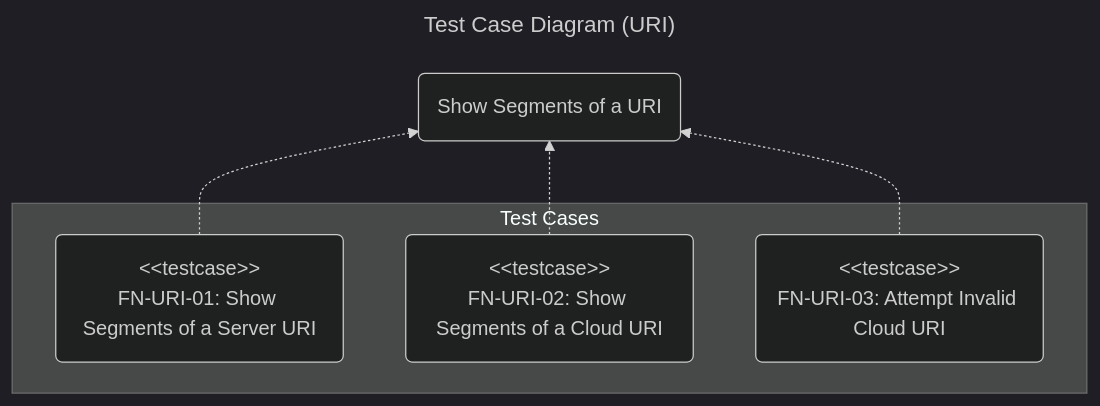
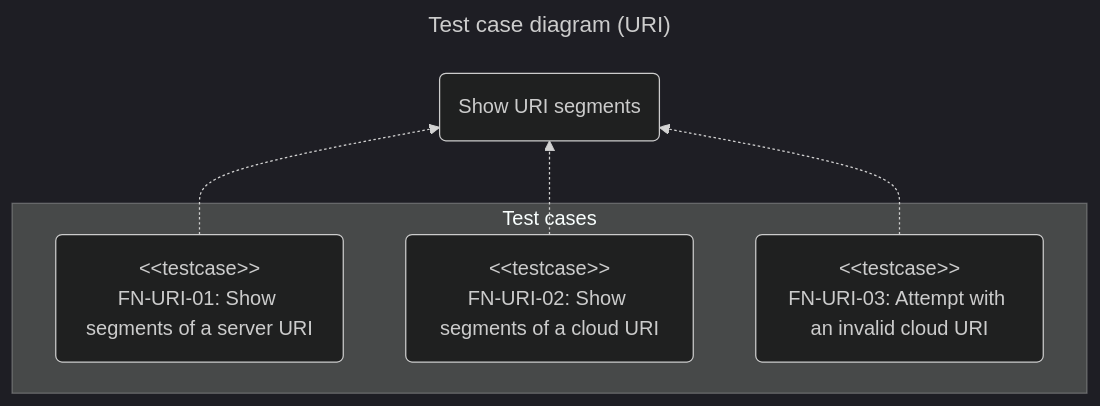
One commit to chromiodev/chromie-tool changed the fourth of 6 diagrams in docs/spec/tests/functional.en.md. Above: the diagram before and after it, drawn with Mermaid (dark theme). The commit also changed other lines of this file and 25 other files, not shown here.

````diff
--- a/docs/spec/tests/functional.en.md
+++ b/docs/spec/tests/functional.en.md
@@ -292,20 +294,20 @@
 ```mermaid
 ---
-title: Test Case Diagram (URI)
+title: Test case diagram (URI)
 config:
 ---
 
 graph BT
   %% use cases
-  printUri@{ shape: "rounded", label: "Show Segments of a URI" }
+  printUri@{ shape: "rounded", label: "Show URI segments" }
 
-  subgraph "Test Cases"
-    printServerUri@{ shape: "rounded", label: "#lt;#lt;testcase>><br>FN-URI-01: Show Segments of a Server URI" }
-    printCloudUri@{ shape: "rounded", label: "#lt;#lt;testcase>><br>FN-URI-02: Show Segments of a Cloud URI" }
-    invalidCloudUri@{ shape: "rounded", label: "#lt;#lt;testcase>><br>FN-URI-03: Attempt Invalid Cloud URI" }
+  subgraph "Test cases"
+    printServerUri@{ shape: "rounded", label: "#lt;#lt;testcase>><br>FN-URI-01: Show segments of a server URI" }
+    printCloudUri@{ shape: "rounded", label: "#lt;#lt;testcase>><br>FN-URI-02: Show segments of a cloud URI" }
+    invalidCloudUri@{ shape: "rounded", label: "#lt;#lt;testcase>><br>FN-URI-03: Attempt with an invalid cloud URI" }
   end
 
   printServerUri -.-> printUri
   printCloudUri -.-> printUri
   invalidCloudUri -.-> printUri
 ```
````
